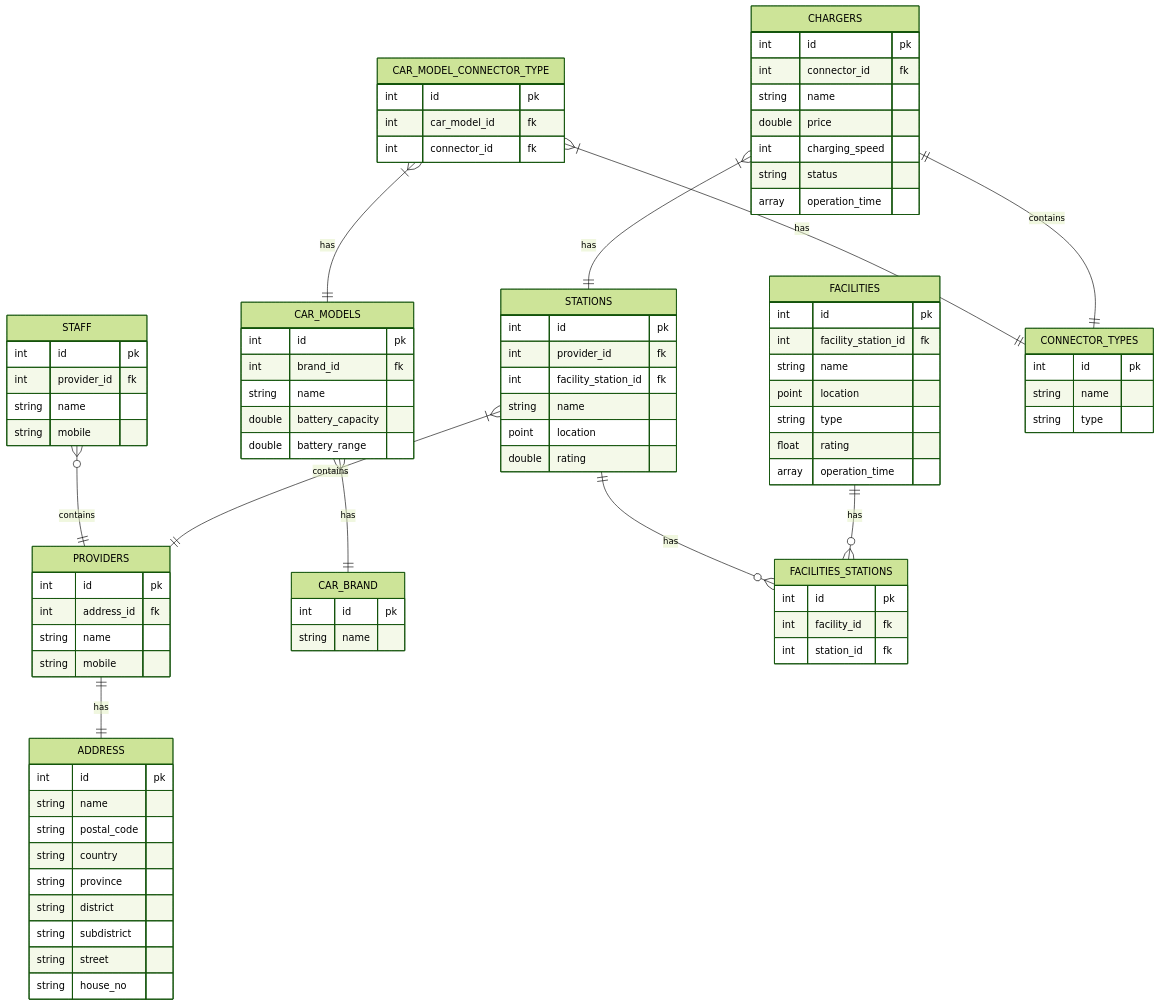
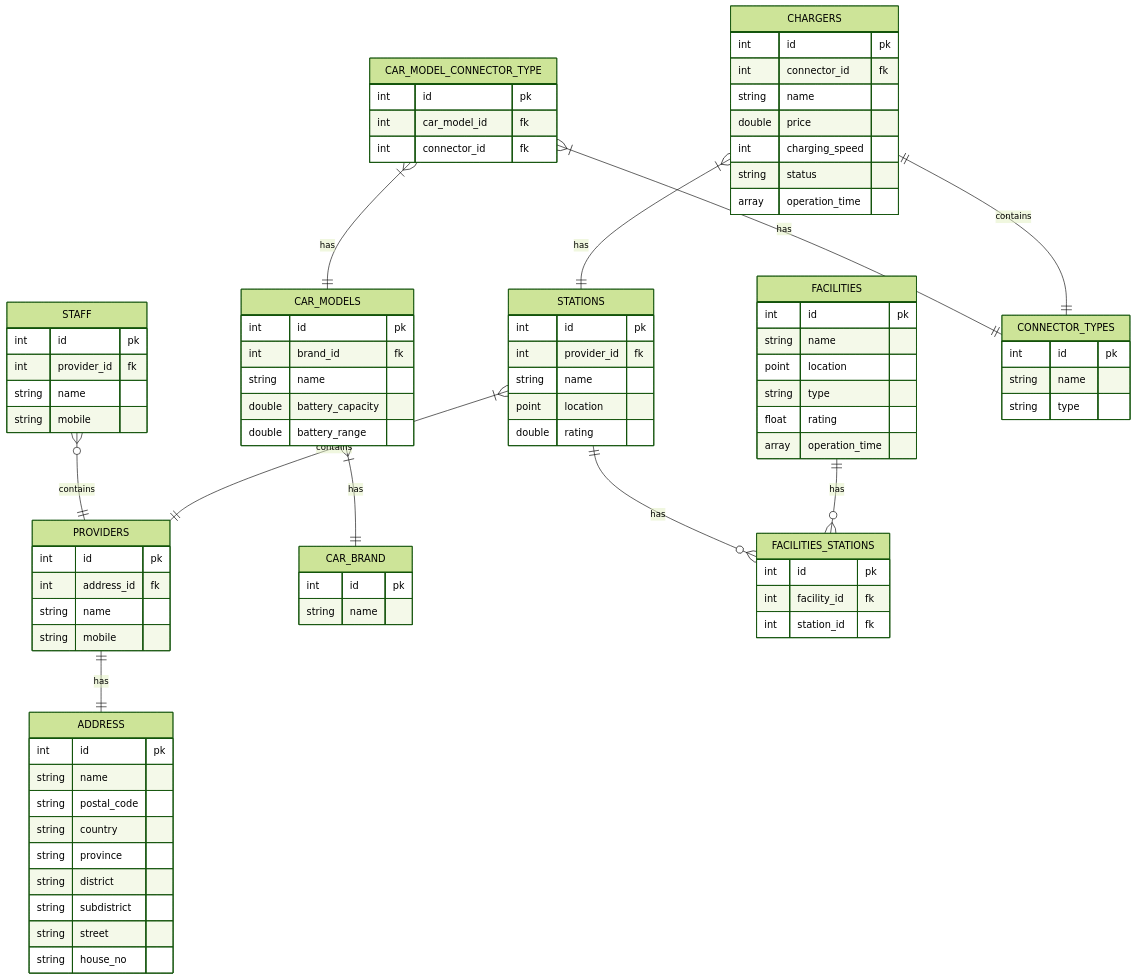
One commit to ongzasad/ev-trip-planner changed the diagram in db.md. Above: the diagram before and after it, drawn with Mermaid (forest theme).

Commit message:
remvoe facility_station_id

```diff
--- a/db.md
+++ b/db.md
@@ -26,7 +26,6 @@
         }
         FACILITIES {
             int id pk
-            int facility_station_id fk
             string name
             point location
             string type
@@ -50,7 +49,6 @@
         STATIONS {
             int id pk
             int provider_id fk
-            int facility_station_id fk
             string name
             point location
             double rating
```
